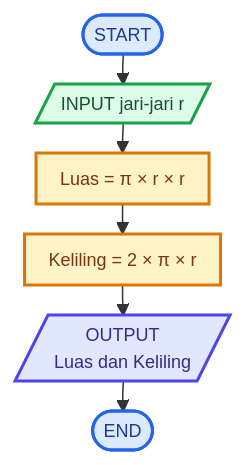
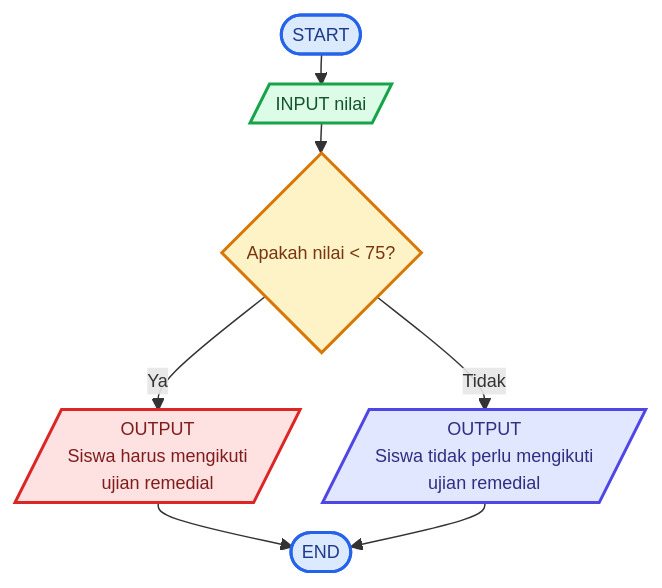
Before and after one commit to fatihammar722/Kelas-3E-Pemrograman: the diagram in README.md, drawn with Mermaid. The commit also changed other lines of this file, not shown here.

````diff
--- a/README.md
+++ b/README.md
@@ -32,26 +33,29 @@
 ```mermaid
 %%{init: {
   "themeVariables": {
     "fontSize": "12px"
   },
   "flowchart": {
     "nodeSpacing": 15,
     "rankSpacing": 20,
     "padding": 8
   }
 }}%%
 
 flowchart TD
-    A([START]) --> B[/INPUT jari-jari r/]
-    B --> C[Luas = π × r × r]
-    C --> D[Keliling = 2 × π × r]
-    D --> E[/OUTPUT<br/>Luas dan Keliling/]
-    E --> F([END])
+    A([START]) --> B[/INPUT nilai/]
+    B --> C{Apakah nilai < 75?}
+
+    C -->|Ya| D[/OUTPUT<br/>Siswa harus mengikuti<br/>ujian remedial/]
+    C -->|Tidak| E[/OUTPUT<br/>Siswa tidak perlu mengikuti<br/>ujian remedial/]
+
+    D --> F([END])
+    E --> F
 
     style A fill:#dbeafe,stroke:#2563eb,stroke-width:2px,color:#1e3a8a
     style B fill:#dcfce7,stroke:#16a34a,stroke-width:2px,color:#14532d
     style C fill:#fef3c7,stroke:#d97706,stroke-width:2px,color:#78350f
-    style D fill:#fef3c7,stroke:#d97706,stroke-width:2px,color:#78350f
+    style D fill:#fee2e2,stroke:#dc2626,stroke-width:2px,color:#7f1d1d
     style E fill:#e0e7ff,stroke:#4f46e5,stroke-width:2px,color:#312e81
     style F fill:#dbeafe,stroke:#2563eb,stroke-width:2px,color:#1e3a8a
 ```
````
